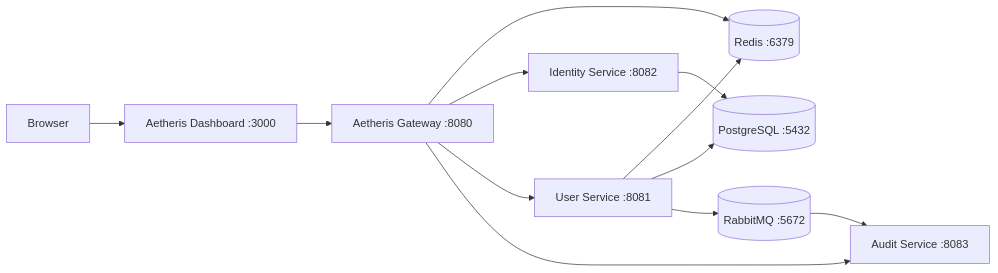
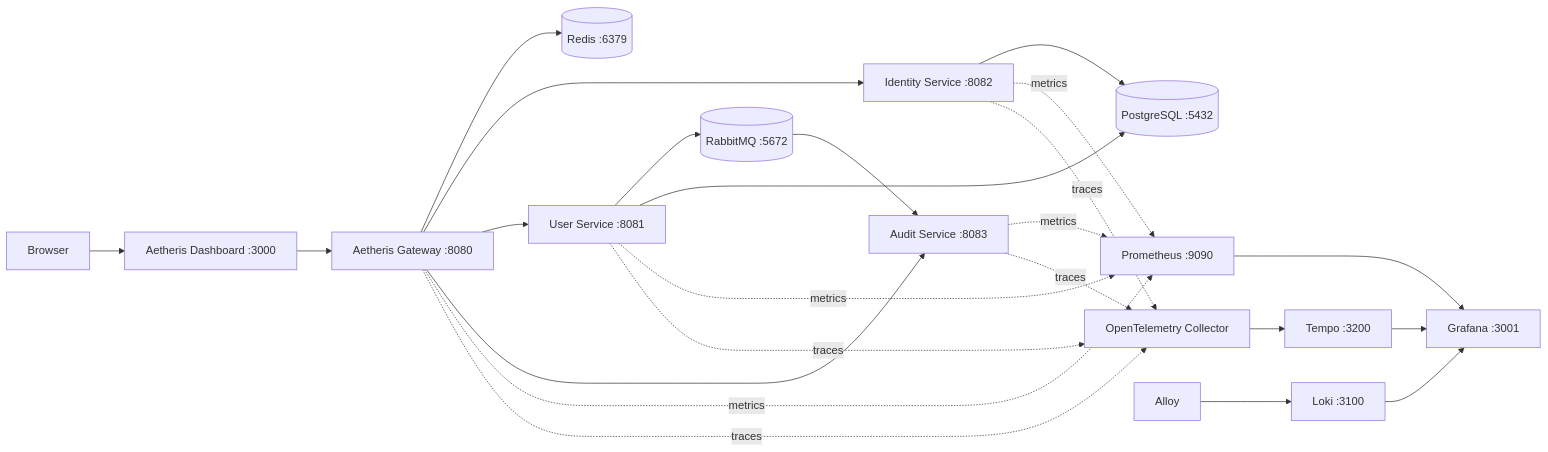
One commit to teldigi5-wq/aetheris-platform changed the diagram in README.md. Above: the diagram before and after it, drawn with Mermaid. The commit also changed other lines of this file, not shown here.

Commit message:
Stage 5: document observability stack and roadmap

````diff
--- a/README.md
+++ b/README.md
@@ -19,14 +22,26 @@
 ```mermaid
 flowchart LR
     U[Browser] --> D[Aetheris Dashboard :3000]
     D --> G[Aetheris Gateway :8080]
     G --> R[(Redis :6379)]
     G --> I[Identity Service :8082]
     G --> S[User Service :8081]
     G --> A[Audit Service :8083]
-    S --> R
+    S --> M[(RabbitMQ :5672)]
+    M --> A
     I --> P[(PostgreSQL :5432)]
     S --> P
-    S --> M[(RabbitMQ :5672)]
-    M --> A
+    G -. metrics .-> PM[Prometheus :9090]
+    I -. metrics .-> PM
+    S -. metrics .-> PM
+    A -. metrics .-> PM
+    G -. traces .-> OT[OpenTelemetry Collector]
+    I -. traces .-> OT
+    S -. traces .-> OT
+    A -. traces .-> OT
+    OT --> T[Tempo :3200]
+    L[Alloy] --> LK[Loki :3100]
+    PM --> GR[Grafana :3001]
+    T --> GR
+    LK --> GR
 ```
````
